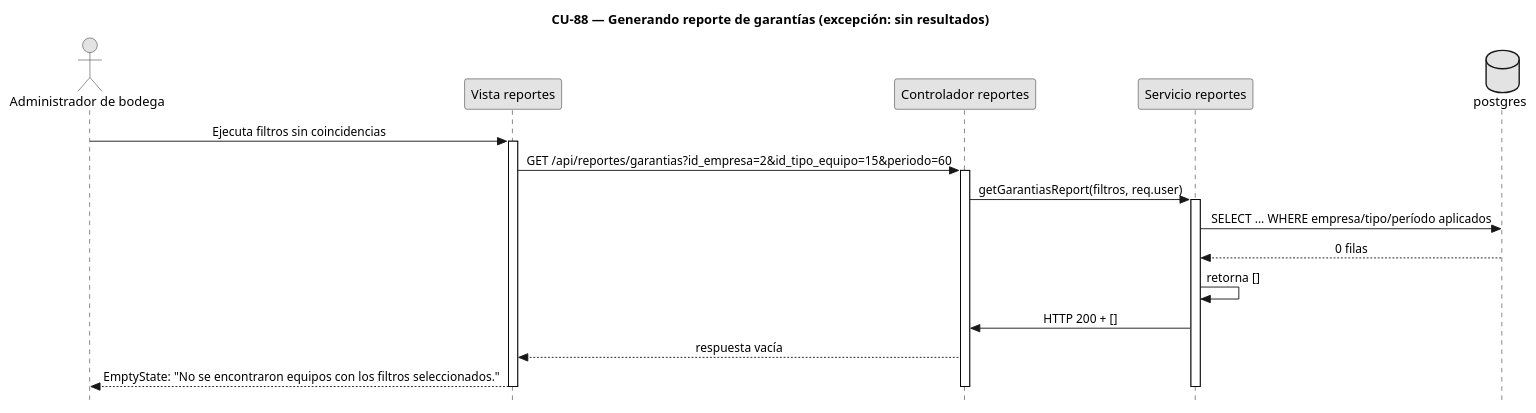
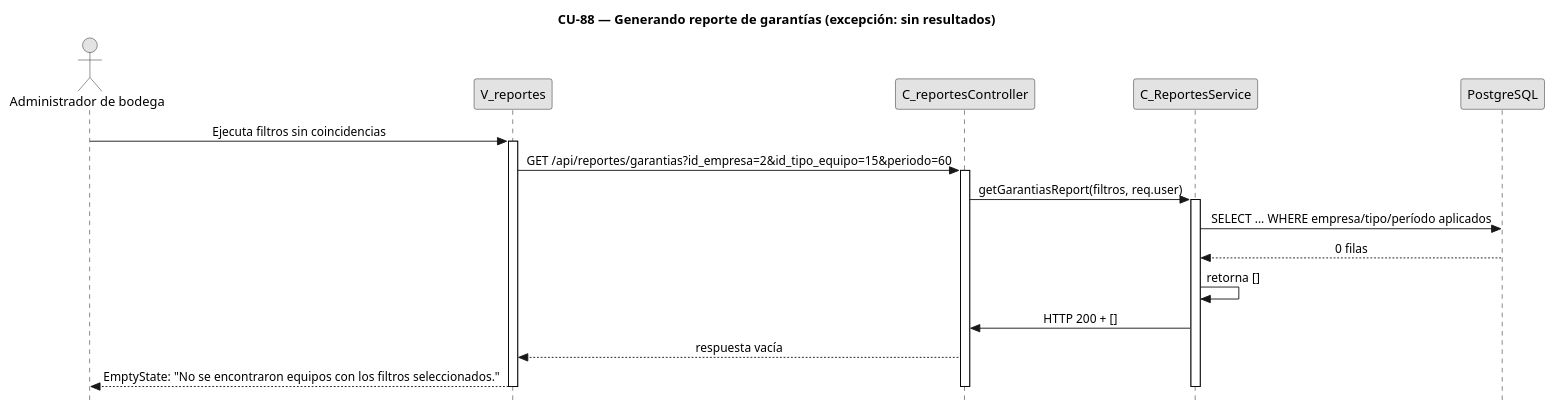
One commit to FSM-Finet-y-Cable-Magico/Team_1-Inventario-y-Bodega changed the diagram in diagramas/diagramas-secuencia/CU88/CU88-exc-sin-resultados.puml. Above: the diagram before and after it, drawn with PlantUML. The commit also changed 14 other files, not shown here.

```diff
--- a/diagramas/diagramas-secuencia/CU88/CU88-exc-sin-resultados.puml
+++ b/diagramas/diagramas-secuencia/CU88/CU88-exc-sin-resultados.puml
@@ -1,41 +1,41 @@
 @startuml CU88-Reporte-Garantias-Exc-Sin-Resultados
 title CU-88 — Generando reporte de garantías (excepción: sin resultados)
 skinparam style strictuml
 skinparam monochrome true
 skinparam shadowing false
 skinparam sequenceMessageAlign center
 <style>
 sequenceDiagram {
 	participant { Margin 35 }
 	actor { Margin 15 }
 }
 </style>
 skinparam sequence {
 	MessageAlign center
 	LifeLineBorderColor black
 }
 hide footbox
 
 actor "Administrador de bodega" as U
-participant "Vista reportes" as V
-participant "Controlador reportes" as C
-participant "Servicio reportes" as S
-database "postgres" as DB
+participant "V_reportes" as V
+participant "C_reportesController" as C
+participant "C_ReportesService" as S
+participant "PostgreSQL" as DB
 
 U -> V : Ejecuta filtros sin coincidencias
 activate V
 V -> C : GET /api/reportes/garantias?id_empresa=2&id_tipo_equipo=15&periodo=60
 activate C
 C -> S : getGarantiasReport(filtros, req.user)
 activate S
 S -> DB : SELECT ... WHERE empresa/tipo/período aplicados
 DB --> S : 0 filas
 S -> S : retorna []
 S -> C : HTTP 200 + []
 C --> V : respuesta vacía
 V --> U : EmptyState: "No se encontraron equipos con los filtros seleccionados."
 
 deactivate V
 deactivate C
 deactivate S
 @enduml
```
